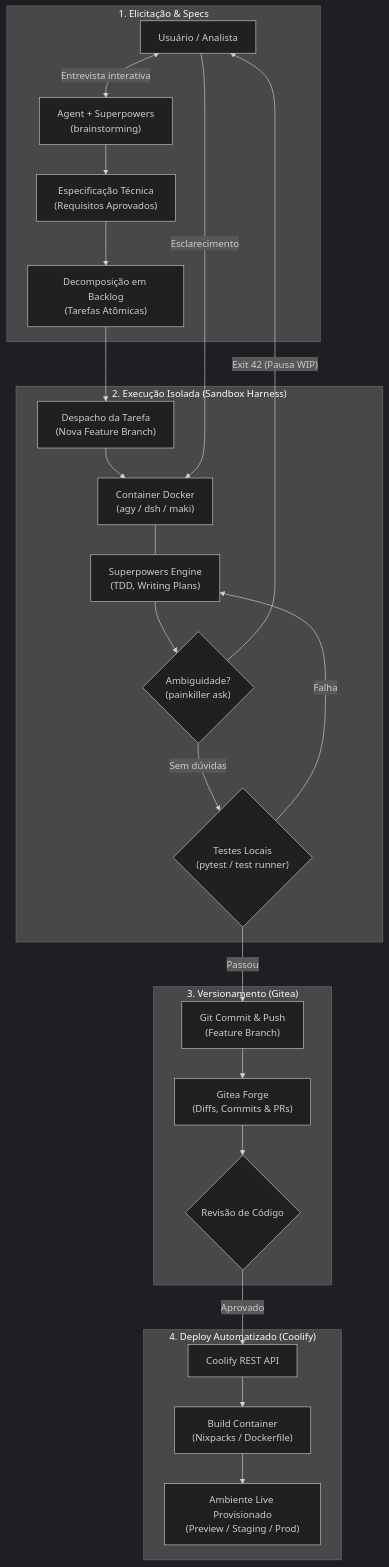
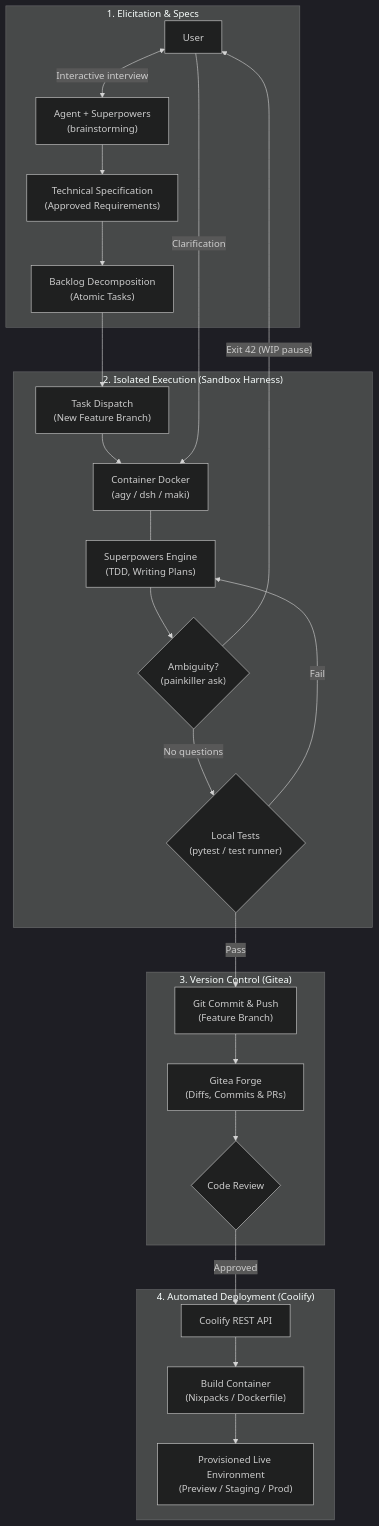
The diagram in README.md (ricardoborges/Painkiller), drawn with Mermaid (dark theme) before and after one commit.

Commit message:
translation

````diff
--- a/README.md
+++ b/README.md
@@ -45,50 +45,50 @@
 ```mermaid
 flowchart TD
-    subgraph S1["1. Elicitação & Specs"]
-        Human["Usuário / Analista"]
+    subgraph S1["1. Elicitation & Specs"]
+        Human["User"]
         Brainstorm["Agent + Superpowers<br/>(brainstorming)"]
-        Spec["Especificação Técnica<br/>(Requisitos Aprovados)"]
-        Decomp["Decomposição em Backlog<br/>(Tarefas Atômicas)"]
+        Spec["Technical Specification<br/>(Approved Requirements)"]
+        Decomp["Backlog Decomposition<br/>(Atomic Tasks)"]
         
-        Human <-->|"Entrevista interativa"| Brainstorm
+        Human <-->|"Interactive interview"| Brainstorm
         Brainstorm --> Spec
         Spec --> Decomp
     end
 
-    subgraph S2["2. Execução Isolada (Sandbox Harness)"]
-        Dispatch["Despacho da Tarefa<br/>(Nova Feature Branch)"]
+    subgraph S2["2. Isolated Execution (Sandbox Harness)"]
+        Dispatch["Task Dispatch<br/>(New Feature Branch)"]
         Harness["Container Docker<br/>(agy / dsh / maki)"]
         Skills["Superpowers Engine<br/>(TDD, Writing Plans)"]
-        Ask{"Ambiguidade?<br/>(painkiller ask)"}
-        Tests{"Testes Locais<br/>(pytest / test runner)"}
+        Ask{"Ambiguity?<br/>(painkiller ask)"}
+        Tests{"Local Tests<br/>(pytest / test runner)"}
         
         Decomp --> Dispatch
         Dispatch --> Harness
         Harness --- Skills
         Skills --> Ask
-        Ask -- "Exit 42 (Pausa WIP)" --> Human
-        Human -- "Esclarecimento" --> Harness
-        Ask -- "Sem dúvidas" --> Tests
-        Tests -- "Falha" --> Skills
+        Ask -- "Exit 42 (WIP pause)" --> Human
+        Human -- "Clarification" --> Harness
+        Ask -- "No questions" --> Tests
+        Tests -- "Fail" --> Skills
     end
 
-    subgraph S3["3. Versionamento (Gitea)"]
+    subgraph S3["3. Version Control (Gitea)"]
         Commit["Git Commit & Push<br/>(Feature Branch)"]
         GiteaRepo["Gitea Forge<br/>(Diffs, Commits & PRs)"]
-        Review{"Revisão de Código"}
+        Review{"Code Review"}
         
-        Tests -- "Passou" --> Commit
+        Tests -- "Pass" --> Commit
         Commit --> GiteaRepo
         GiteaRepo --> Review
     end
 
-    subgraph S4["4. Deploy Automatizado (Coolify)"]
+    subgraph S4["4. Automated Deployment (Coolify)"]
         CoolifyAPI["Coolify REST API"]
         BuildPack["Build Container<br/>(Nixpacks / Dockerfile)"]
-        LiveEnv["Ambiente Live Provisionado<br/>(Preview / Staging / Prod)"]
+        LiveEnv["Provisioned Live Environment<br/>(Preview / Staging / Prod)"]
         
-        Review -- "Aprovado" --> CoolifyAPI
+        Review -- "Approved" --> CoolifyAPI
         CoolifyAPI --> BuildPack
         BuildPack --> LiveEnv
     end
 ```
````
